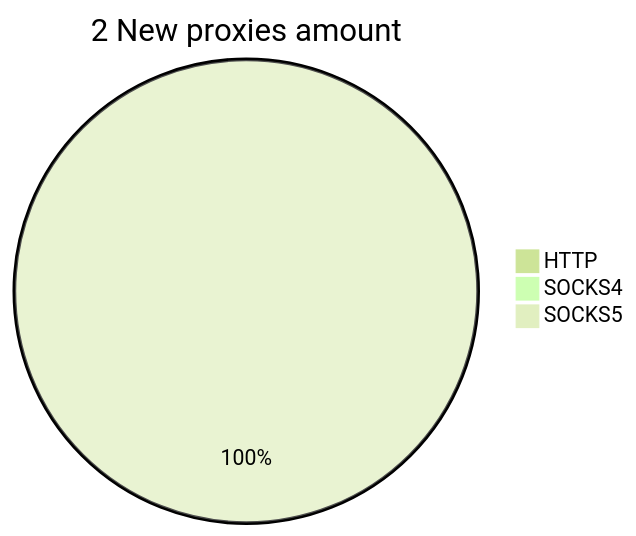
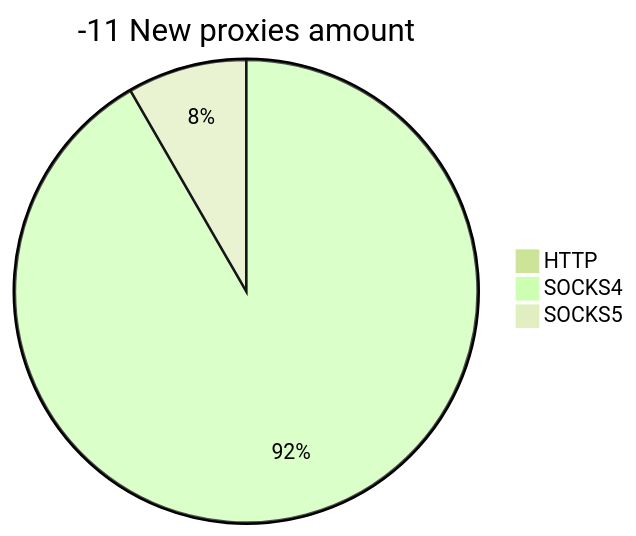
One commit to cutipu/proxylist changed the second of 2 diagrams in README.md. Above: the diagram before and after it, drawn with Mermaid (forest theme). The commit also changed other lines of this file, not shown here.

````diff
--- a/README.md
+++ b/README.md
@@ -10,6 +10,6 @@
 ```mermaid
-pie title 2 New proxies amount
+pie title -11 New proxies amount
     "HTTP" : 0
-    "SOCKS4" : 0
-    "SOCKS5" : 4
+    "SOCKS4" : 11
+    "SOCKS5" : 1
 ```
````
